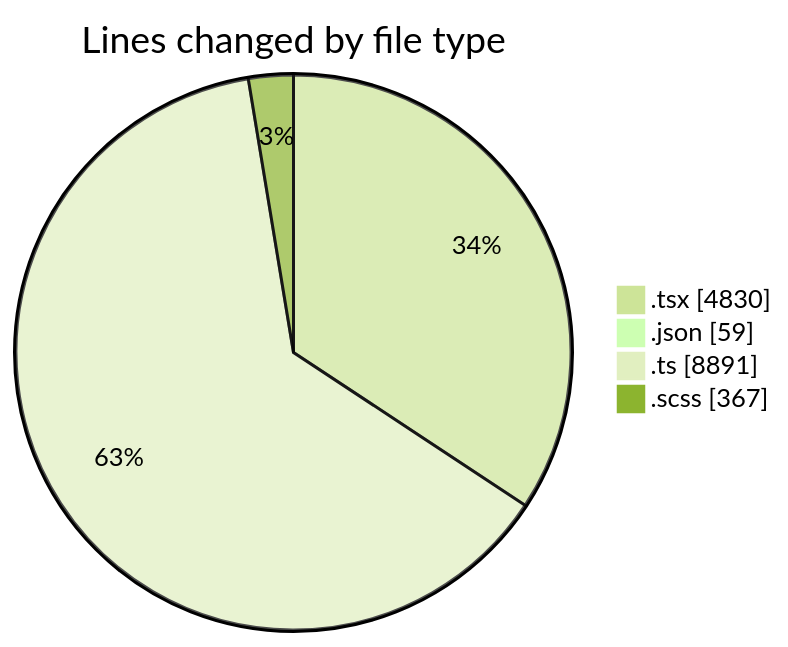
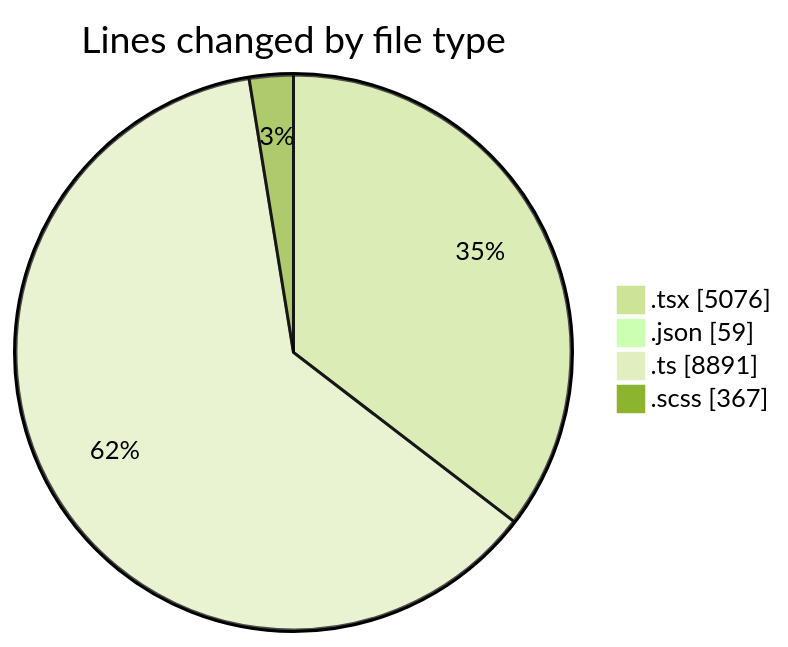
Before and after one commit to momahboobian/code-tracking: the first of 2 diagrams in 2025-11-24/cda/README.md, drawn with Mermaid (forest theme). The commit also changed other lines of this file and 1 other file, not shown here.

````diff
--- a/2025-11-24/cda/README.md
+++ b/2025-11-24/cda/README.md
@@ -37,8 +37,8 @@
 ```mermaid
 pie showData
 title Lines changed by file type
-".tsx" : 4830
+".tsx" : 5076
 ".json" : 59
 ".ts" : 8891
 ".scss" : 367
 ```
````
